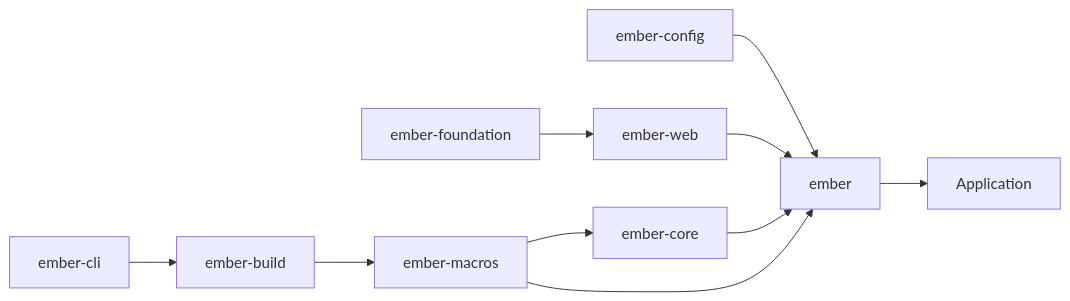
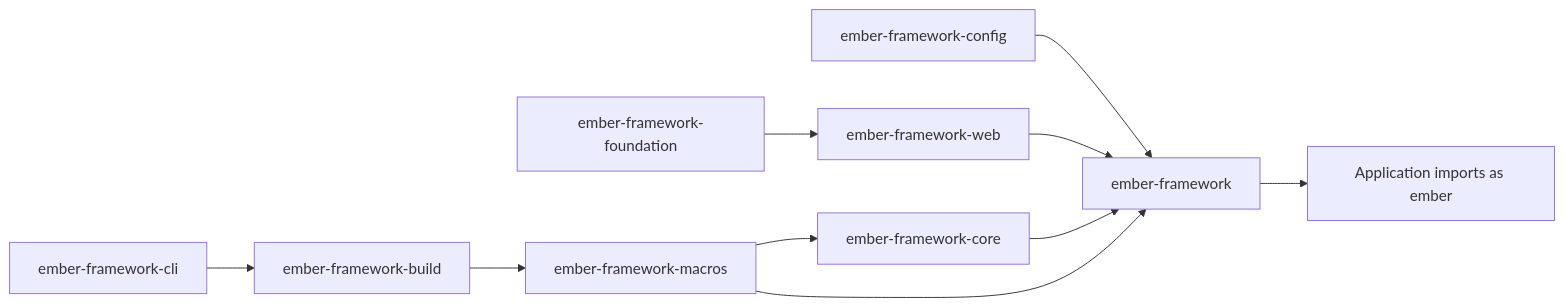
One commit to Ember-rs/ember changed the second of 2 diagrams in docs/architecture.md. Above: the diagram before and after it, drawn with Mermaid. The commit also changed other lines of this file and 23 other files, not shown here.

````diff
--- a/docs/architecture.md
+++ b/docs/architecture.md
@@ -44,12 +46,12 @@
 ```mermaid
 flowchart LR
-    CLI[ember-cli] --> BUILD[ember-build]
-    BUILD --> MACROS[ember-macros]
-    MACROS --> CORE[ember-core]
-    CONFIG[ember-config] --> FACADE[ember]
-    WEB[ember-web] --> FACADE
-    FOUNDATION[ember-foundation] --> WEB
+    CLI[ember-framework-cli] --> BUILD[ember-framework-build]
+    BUILD --> MACROS[ember-framework-macros]
+    MACROS --> CORE[ember-framework-core]
+    CONFIG[ember-framework-config] --> FACADE[ember-framework]
+    WEB[ember-framework-web] --> FACADE
+    FOUNDATION[ember-framework-foundation] --> WEB
     CORE --> FACADE
     MACROS --> FACADE
-    FACADE --> APP[Application]
+    FACADE --> APP[Application imports as ember]
 ```
````
